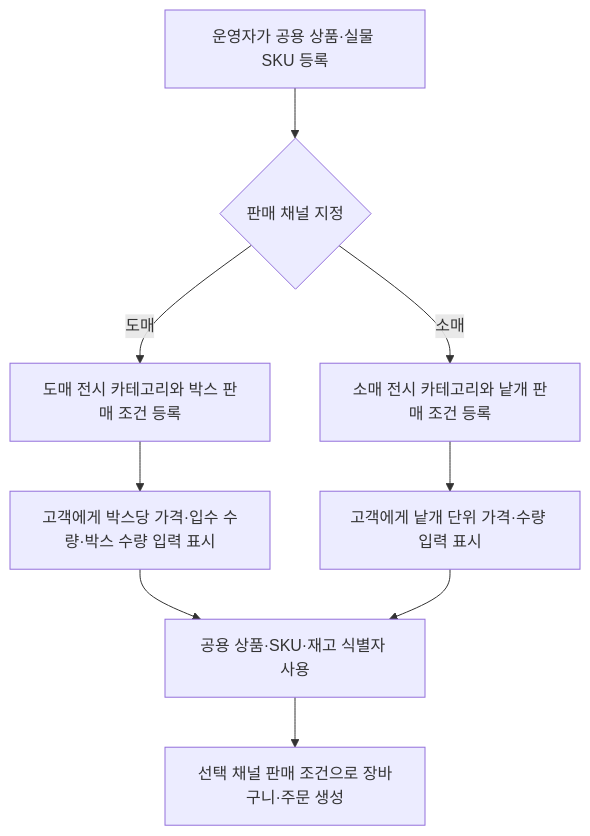
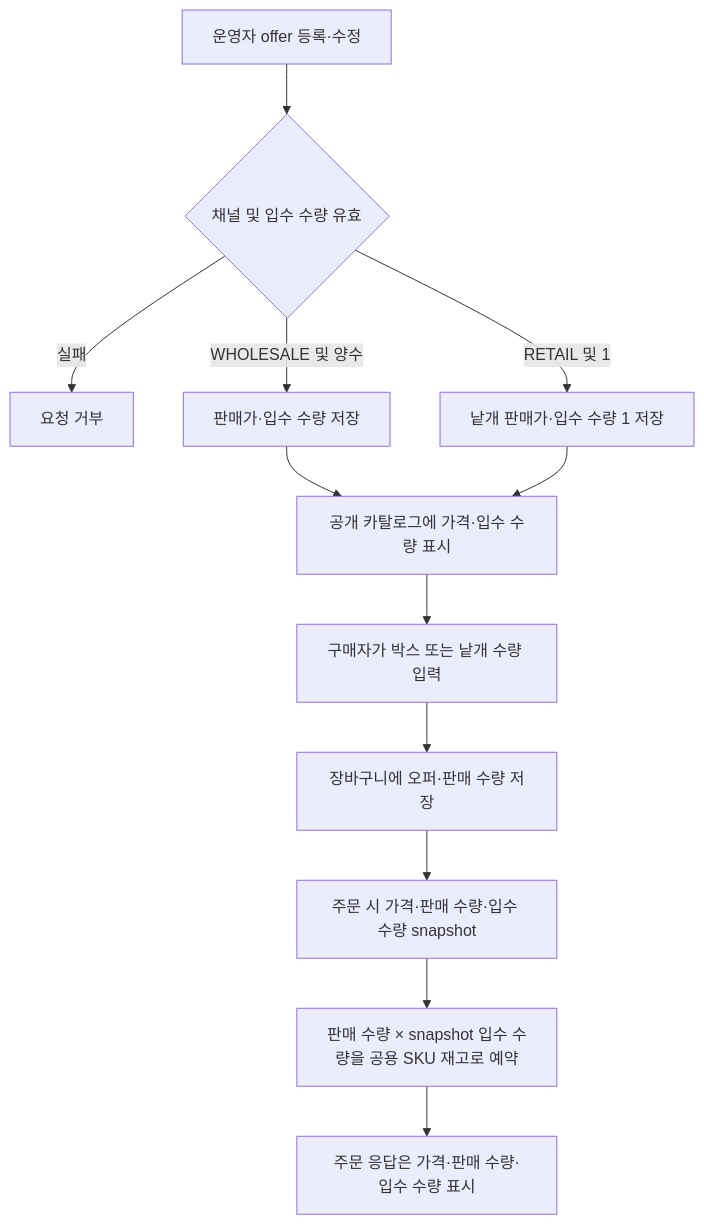
The second of 2 diagrams in docs/services/catalog.md (DongHyeonEom/umji-market-api), drawn with Mermaid before and after one commit. The commit also changed other lines of this file and 38 other files, not shown here.

````diff
--- a/docs/services/catalog.md
+++ b/docs/services/catalog.md
@@ -74,11 +74,14 @@
 ```mermaid
 flowchart TD
-    ADMIN[운영자가 공용 상품·실물 SKU 등록] --> CHANNEL{판매 채널 지정}
-    CHANNEL -- 도매 --> WHOLESALE[도매 전시 카테고리와 박스 판매 조건 등록]
-    CHANNEL -- 소매 --> RETAIL[소매 전시 카테고리와 낱개 판매 조건 등록]
-    WHOLESALE --> B2B[고객에게 박스당 가격·입수 수량·박스 수량 입력 표시]
-    RETAIL --> B2C[고객에게 낱개 단위 가격·수량 입력 표시]
-    B2B --> SAME[공용 상품·SKU·재고 식별자 사용]
-    B2C --> SAME
-    SAME --> CART[선택 채널 판매 조건으로 장바구니·주문 생성]
+    ADMIN[운영자 offer 등록·수정] --> VALIDATE{채널 및 입수 수량 유효}
+    VALIDATE -- 실패 --> REJECT[요청 거부]
+    VALIDATE -- WHOLESALE 및 양수 --> SAVEBOX[판매가·입수 수량 저장]
+    VALIDATE -- RETAIL 및 1 --> SAVEUNIT[낱개 판매가·입수 수량 1 저장]
+    SAVEBOX --> CATALOG[공개 카탈로그에 가격·입수 수량 표시]
+    SAVEUNIT --> CATALOG
+    CATALOG --> BUYER[구매자가 박스 또는 낱개 수량 입력]
+    BUYER --> CART[장바구니에 오퍼·판매 수량 저장]
+    CART --> CHECKOUT[주문 시 가격·판매 수량·입수 수량 snapshot]
+    CHECKOUT --> RESERVE[판매 수량 × snapshot 입수 수량을 공용 SKU 재고로 예약]
+    RESERVE --> ORDER[주문 응답은 가격·판매 수량·입수 수량 표시]
 ```
````
